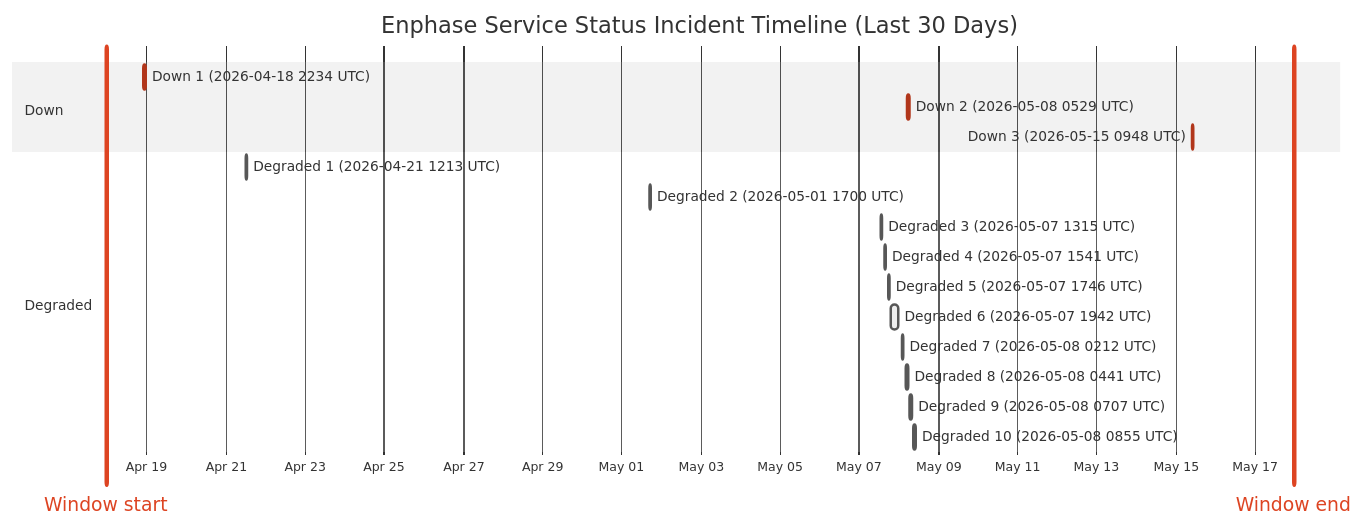
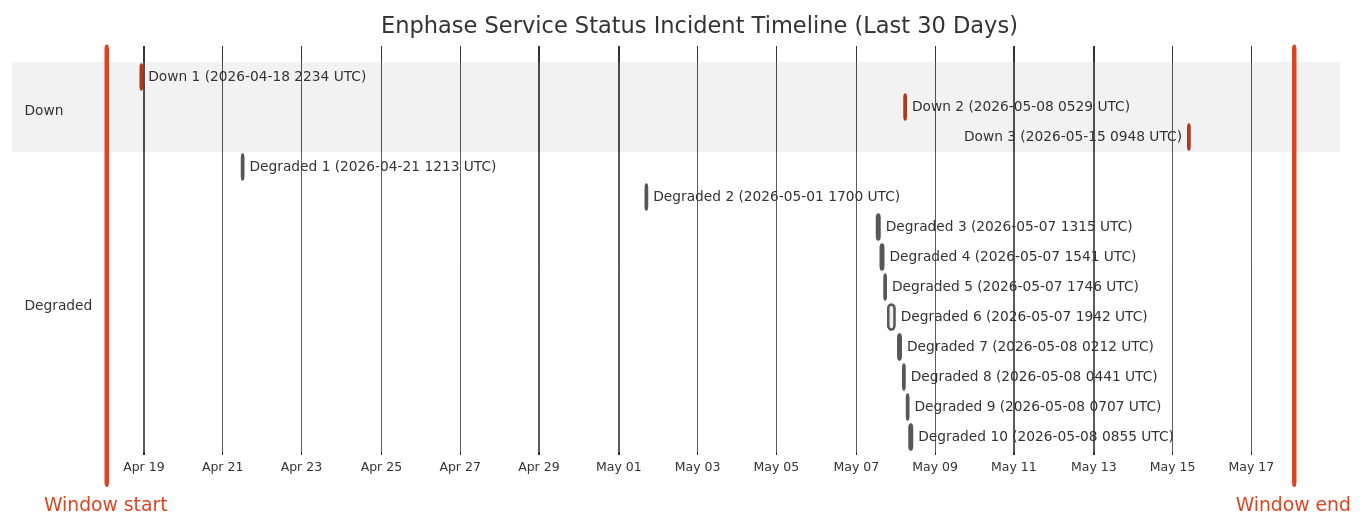
The diagram in wiki/Service-Status-History.md (barneyonline/ha-enphase-ev-charger), drawn with Mermaid (neutral theme) before and after one commit. The commit also changed other lines of this file and 3 other files, not shown here.

````diff
--- a/wiki/Service-Status-History.md
+++ b/wiki/Service-Status-History.md
@@ -14,23 +14,23 @@
 ```mermaid
 gantt
     title Enphase Service Status Incident Timeline (Last 30 Days)
     dateFormat  YYYY-MM-DDTHH:mm:ss
     axisFormat  %b %d
-    Window start :vert, window-start, 2026-04-17T23:29:24, 0ms
-    Window end :vert, window-end, 2026-05-17T23:29:24, 0ms
+    Window start :vert, window-start, 2026-04-18T01:29:32, 0ms
+    Window end :vert, window-end, 2026-05-18T01:29:32, 0ms
     section Down
     Down 1 (2026-04-18 2234 UTC) :crit, down-1, 2026-04-18T22:34:13, 60m
     Down 2 (2026-05-08 0529 UTC) :crit, down-2, 2026-05-08T05:29:47, 60m
     Down 3 (2026-05-15 0948 UTC) :crit, down-3, 2026-05-15T09:48:18, 60m
     section Degraded
     Degraded 1 (2026-04-21 1213 UTC) :active, degraded-1, 2026-04-21T12:13:11, 60m
     Degraded 2 (2026-05-01 1700 UTC) :active, degraded-2, 2026-05-01T17:00:22, 60m
     Degraded 3 (2026-05-07 1315 UTC) :active, degraded-3, 2026-05-07T13:15:25, 60m
     Degraded 4 (2026-05-07 1541 UTC) :active, degraded-4, 2026-05-07T15:41:58, 60m
     Degraded 5 (2026-05-07 1746 UTC) :active, degraded-5, 2026-05-07T17:46:51, 60m
     Degraded 6 (2026-05-07 1942 UTC) :active, degraded-6, 2026-05-07T19:42:10, 249m
     Degraded 7 (2026-05-08 0212 UTC) :active, degraded-7, 2026-05-08T02:12:39, 60m
     Degraded 8 (2026-05-08 0441 UTC) :active, degraded-8, 2026-05-08T04:41:46, 60m
     Degraded 9 (2026-05-08 0707 UTC) :active, degraded-9, 2026-05-08T07:07:30, 60m
     Degraded 10 (2026-05-08 0855 UTC) :active, degraded-10, 2026-05-08T08:55:20, 88m
 ```
````
